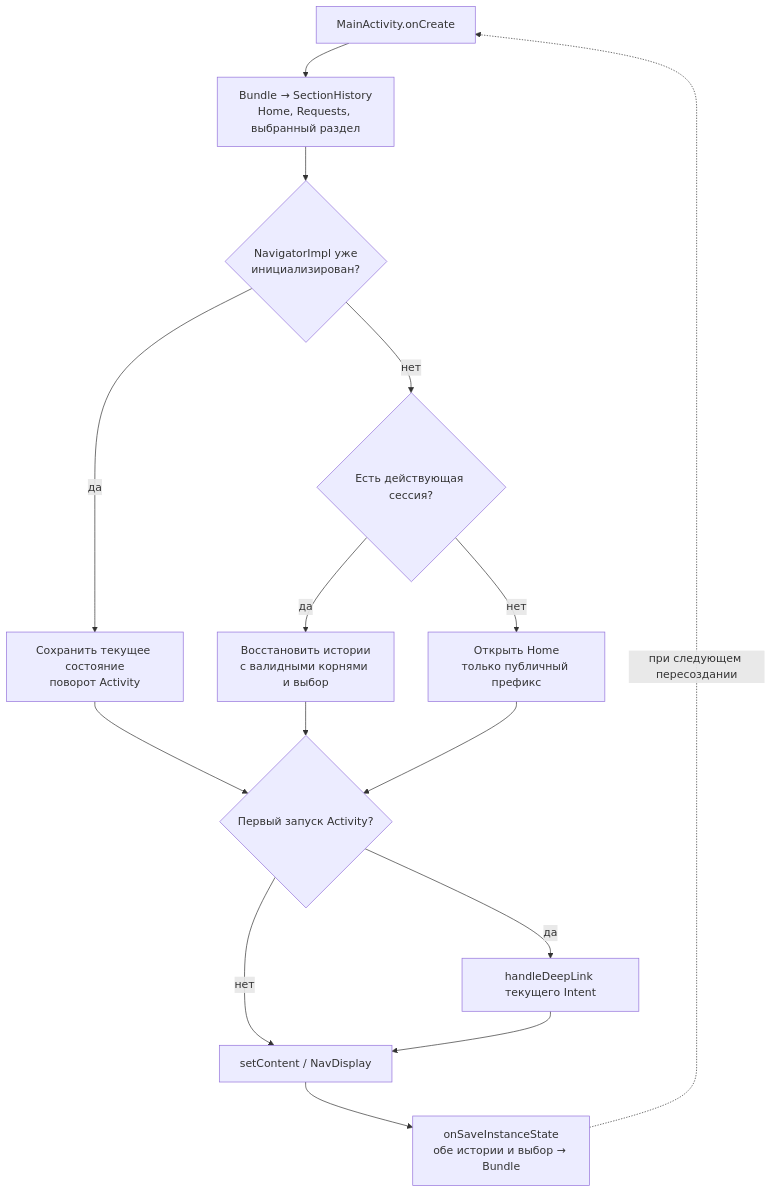
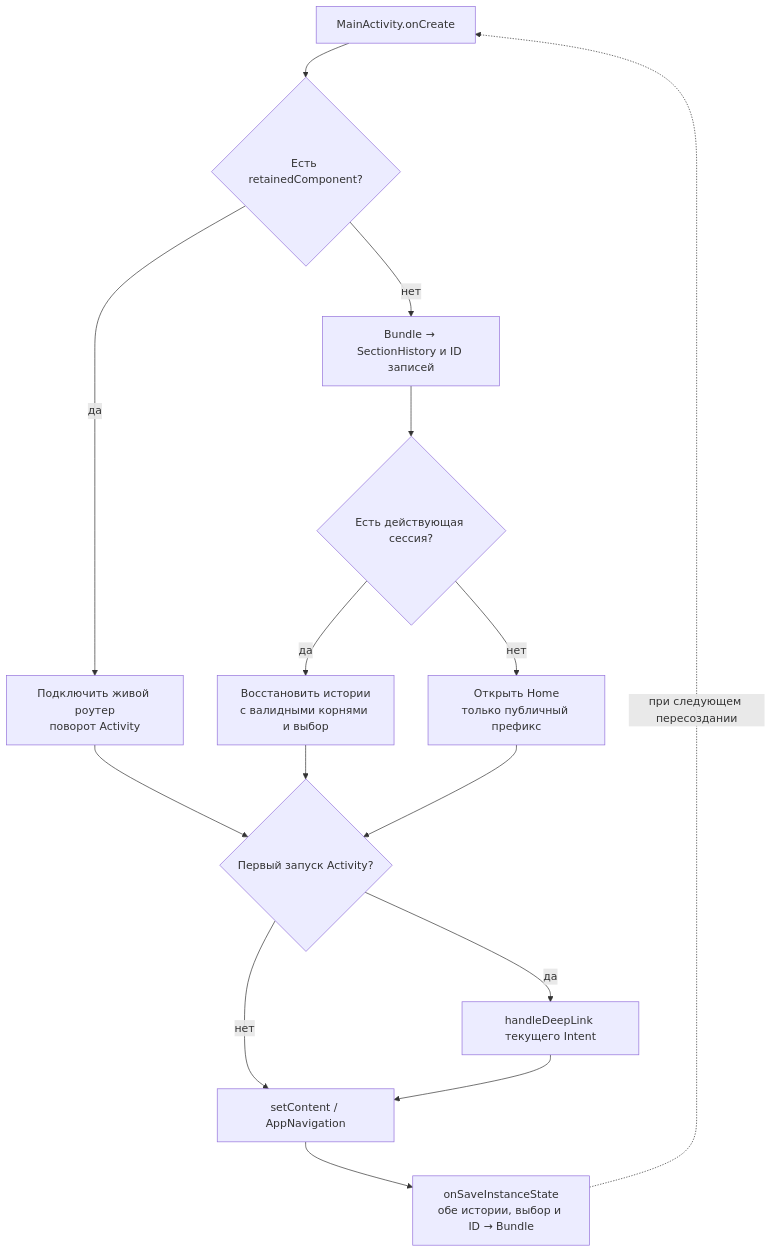
Before and after one commit to akma302/NavPlayground: the fifth of 6 diagrams in docs/navigation.md, drawn with Mermaid. The commit also changed other lines of this file and 26 other files, not shown here.

````diff
--- a/docs/navigation.md
+++ b/docs/navigation.md
@@ -169,17 +171,17 @@
 ```mermaid
 flowchart TB
-    Create["MainActivity.onCreate"] --> Decode["Bundle → SectionHistory<br/>Home, Requests, выбранный раздел"]
-    Decode --> Need{"NavigatorImpl уже<br/>инициализирован?"}
-    Need -->|да| Existing["Сохранить текущее состояние<br/>поворот Activity"]
-    Need -->|нет| Session{"Есть действующая сессия?"}
+    Create["MainActivity.onCreate"] --> Need{"Есть retainedComponent?"}
+    Need -->|да| Existing["Подключить живой роутер<br/>поворот Activity"]
+    Need -->|нет| Decode["Bundle → SectionHistory и ID записей"]
+    Decode --> Session{"Есть действующая сессия?"}
     Session -->|да| Restore["Восстановить истории<br/>с валидными корнями и выбор"]
     Session -->|нет| Public["Открыть Home<br/>только публичный префикс"]
     Existing --> Cold{"Первый запуск Activity?"}
     Restore --> Cold
     Public --> Cold
     Cold -->|да| Intent["handleDeepLink текущего Intent"]
-    Cold -->|нет| UI["setContent / NavDisplay"]
+    Cold -->|нет| UI["setContent / AppNavigation"]
     Intent --> UI
-    UI --> Save["onSaveInstanceState<br/>обе истории и выбор → Bundle"]
+    UI --> Save["onSaveInstanceState<br/>обе истории, выбор и ID → Bundle"]
     Save -.->|при следующем пересоздании| Create
 ```
````
